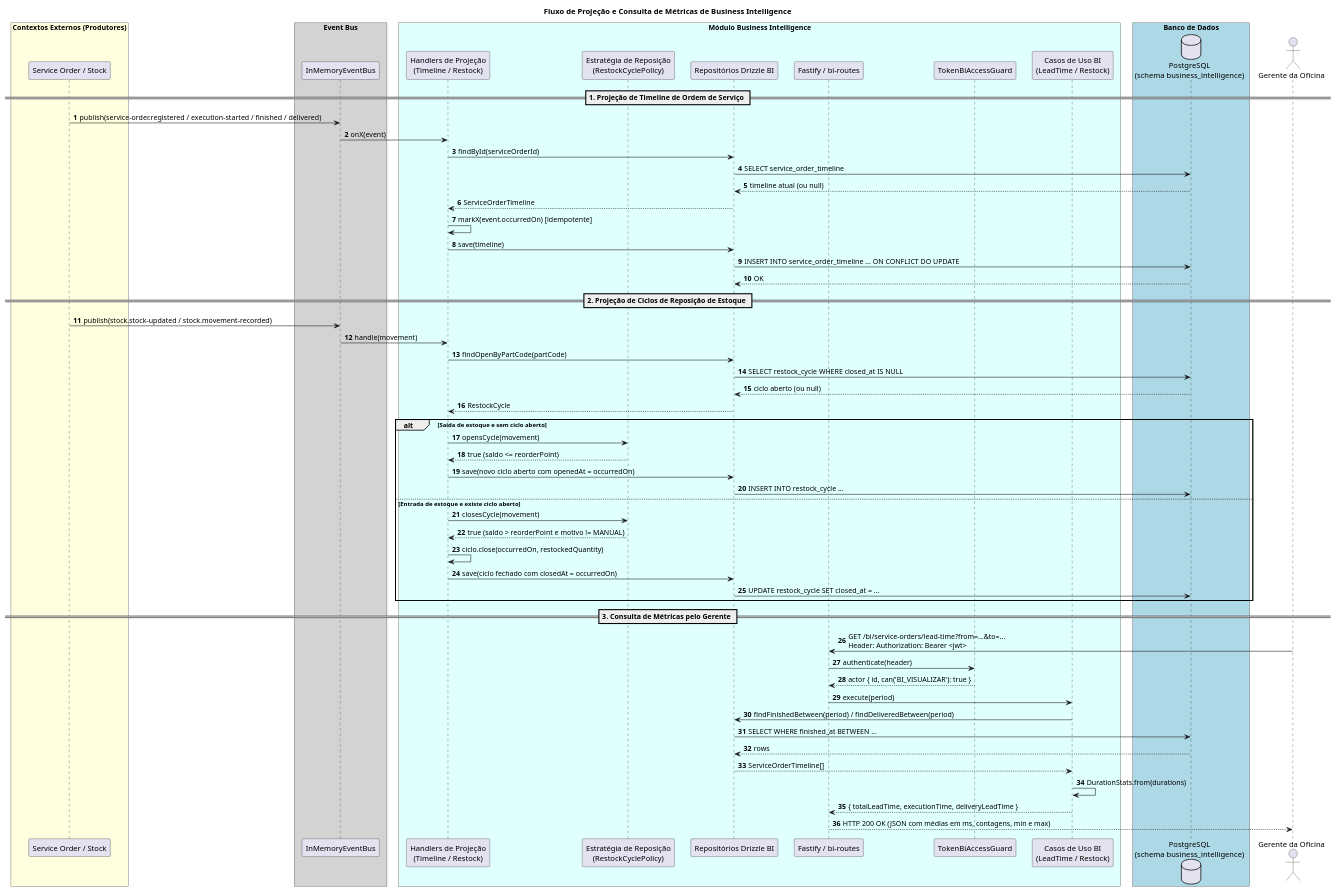
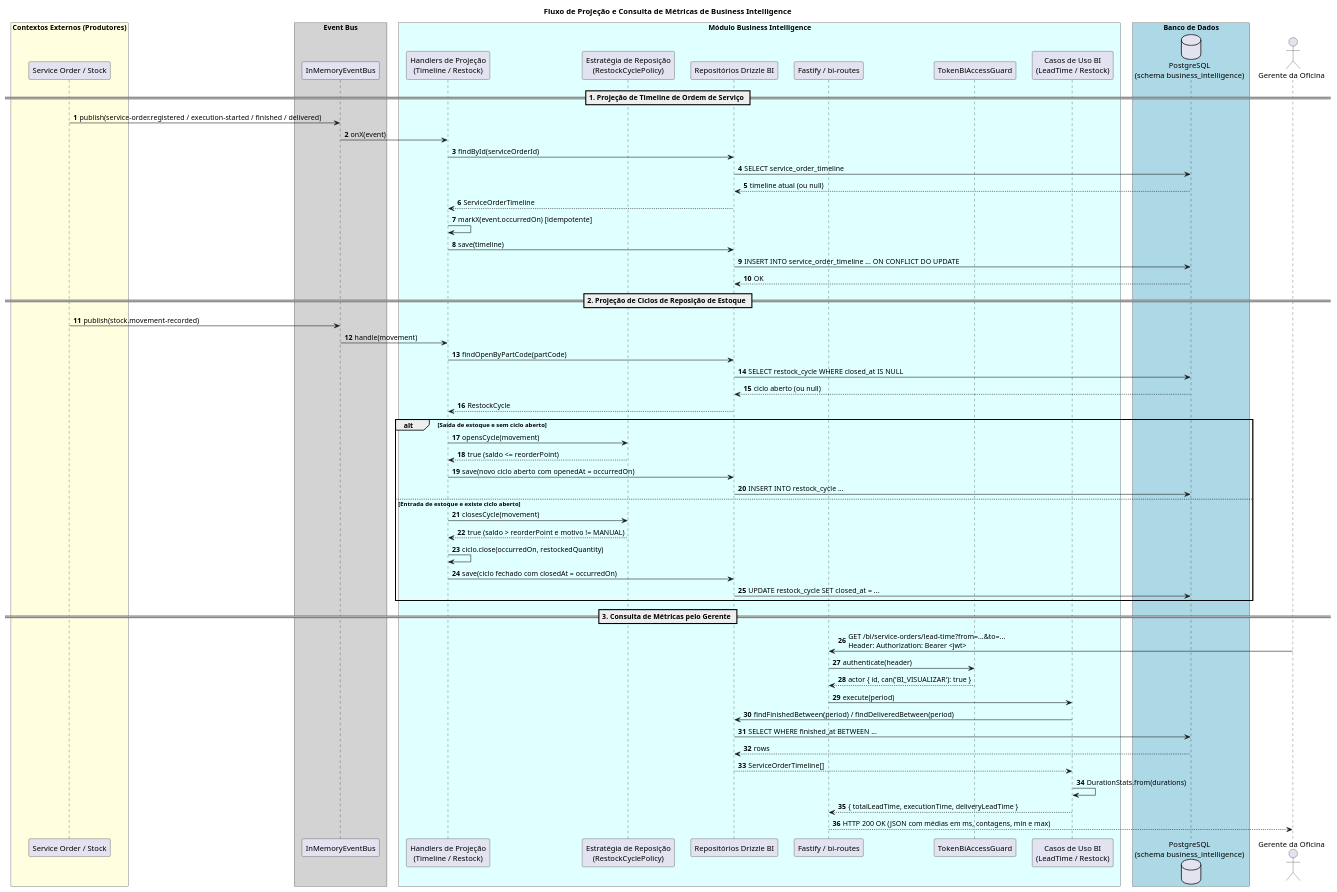
The diagram in docs/plantuml/flows/bi-metrics.puml (15soat-fiap-45/api.mecanica), drawn with PlantUML before and after one commit. The commit also changed 8 other files, not shown here.

First line of the commit message:
feat(stock): publish stock.movement-recorded and feed BI from it

```diff
--- a/docs/plantuml/flows/bi-metrics.puml
+++ b/docs/plantuml/flows/bi-metrics.puml
@@ -1,79 +1,79 @@
 @startuml bi_metrics_flow
 title Fluxo de Projeção e Consulta de Métricas de Business Intelligence
 
 autonumber
 skinparam BoxPadding 10
 skinparam ParticipantPadding 10
 
 box "Contextos Externos (Produtores)" #LightYellow
 participant "Service Order / Stock" as Producer
 end box
 
 box "Event Bus" #LightGray
 participant "InMemoryEventBus" as Bus
 end box
 
 box "Módulo Business Intelligence" #LightCyan
 participant "Handlers de Projeção\n(Timeline / Restock)" as Handlers
 participant "Estratégia de Reposição\n(RestockCyclePolicy)" as Policy
 participant "Repositórios Drizzle BI" as Repo
 participant "Fastify / bi-routes" as Routes
 participant "TokenBiAccessGuard" as Guard
 participant "Casos de Uso BI\n(LeadTime / Restock)" as UseCases
 end box
 
 box "Banco de Dados" #LightBlue
 database "PostgreSQL\n(schema business_intelligence)" as DB
 end box
 
 actor "Gerente da Oficina" as Manager
 
 == 1. Projeção de Timeline de Ordem de Serviço ==
 Producer -> Bus: publish(service-order.registered / execution-started / finished / delivered)
 Bus -> Handlers: onX(event)
 Handlers -> Repo: findById(serviceOrderId)
 Repo -> DB: SELECT service_order_timeline
 DB --> Repo: timeline atual (ou null)
 Repo --> Handlers: ServiceOrderTimeline
 Handlers -> Handlers: markX(event.occurredOn) [idempotente]
 Handlers -> Repo: save(timeline)
 Repo -> DB: INSERT INTO service_order_timeline ... ON CONFLICT DO UPDATE
 DB --> Repo: OK
 
 == 2. Projeção de Ciclos de Reposição de Estoque ==
-Producer -> Bus: publish(stock.stock-updated / stock.movement-recorded)
+Producer -> Bus: publish(stock.movement-recorded)
 Bus -> Handlers: handle(movement)
 Handlers -> Repo: findOpenByPartCode(partCode)
 Repo -> DB: SELECT restock_cycle WHERE closed_at IS NULL
 DB --> Repo: ciclo aberto (ou null)
 Repo --> Handlers: RestockCycle
 
 alt Saída de estoque e sem ciclo aberto
     Handlers -> Policy: opensCycle(movement)
     Policy --> Handlers: true (saldo <= reorderPoint)
     Handlers -> Repo: save(novo ciclo aberto com openedAt = occurredOn)
     Repo -> DB: INSERT INTO restock_cycle ...
 else Entrada de estoque e existe ciclo aberto
     Handlers -> Policy: closesCycle(movement)
     Policy --> Handlers: true (saldo > reorderPoint e motivo != MANUAL)
     Handlers -> Handlers: ciclo.close(occurredOn, restockedQuantity)
     Handlers -> Repo: save(ciclo fechado com closedAt = occurredOn)
     Repo -> DB: UPDATE restock_cycle SET closed_at = ...
 end
 
 == 3. Consulta de Métricas pelo Gerente ==
 Manager -> Routes: GET /bi/service-orders/lead-time?from=...&to=...\nHeader: Authorization: Bearer <jwt>
 Routes -> Guard: authenticate(header)
 Guard --> Routes: actor { id, can('BI_VISUALIZAR'): true }
 
 Routes -> UseCases: execute(period)
 UseCases -> Repo: findFinishedBetween(period) / findDeliveredBetween(period)
 Repo -> DB: SELECT WHERE finished_at BETWEEN ...
 DB --> Repo: rows
 Repo --> UseCases: ServiceOrderTimeline[]
 
 UseCases -> UseCases: DurationStats.from(durations)
 UseCases --> Routes: { totalLeadTime, executionTime, deliveryLeadTime }
 Routes --> Manager: HTTP 200 OK (JSON com médias em ms, contagens, min e max)
 
 @enduml
```
